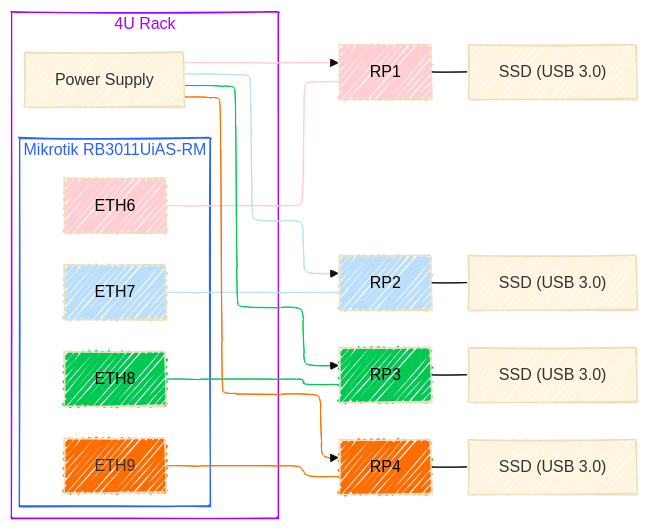
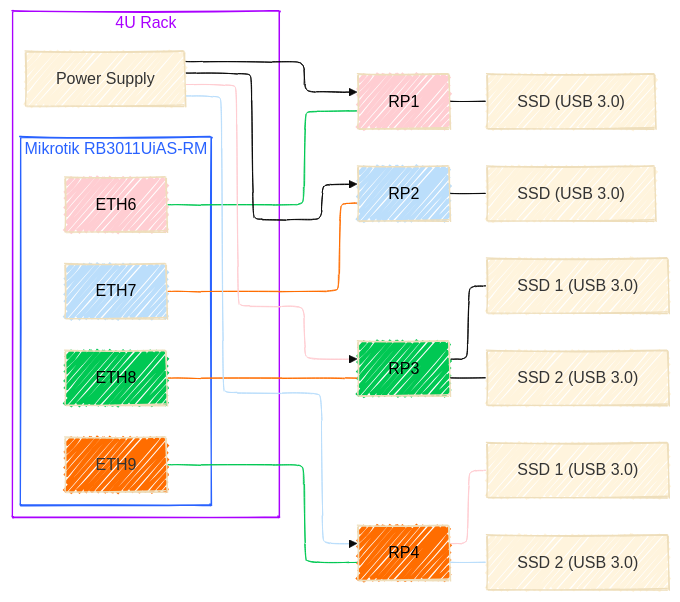
Before and after one commit to Programmer-Network/Programmer-Network-Kubernetes: the diagram in docusaurus/docs/hardware-raspberry-pi-setup/hardware.md, drawn with Mermaid (base theme).

Commit message:
Update Raspberry Pi setup documentation to clarify SSD connections and expand configuration options

````diff
--- a/docusaurus/docs/hardware-raspberry-pi-setup/hardware.md
+++ b/docusaurus/docs/hardware-raspberry-pi-setup/hardware.md
@@ -6,45 +6,48 @@
 ```mermaid
 ---
 config:
   look: handDrawn
   layout: elk
 ---
 flowchart LR
  subgraph switch["Mikrotik RB3011UiAS-RM"]
         ETH6["ETH6"]
         ETH7["ETH7"]
         ETH8["ETH8"]
         ETH9["ETH9"]
   end
  subgraph subGraph1["4U Rack"]
         powerSupply["Power Supply"]
         switch
   end
     RPI1["RP1"] --- SSD1["SSD (USB 3.0)"]
     RPI2["RP2"] --- SSD2["SSD (USB 3.0)"]
-    RPI3["RP3"] --- SSD3["SSD (USB 3.0)"]
-    RPI4["RP4"] --- SSD4["SSD (USB 3.0)"]
+    RPI3["RP3"] --- SSD3["SSD 1 (USB 3.0)"]
+    RPI3["RP3"] --- SSD3B["SSD 2 (USB 3.0)"]
+    RPI4["RP4"] --- SSD4["SSD 1 (USB 3.0)"]
+    RPI4["RP4"] --- SSD4B["SSD 2 (USB 3.0)"]
     ETH6 --- RPI1
     ETH7 --- RPI2
     ETH8 --- RPI3
     ETH9 --- RPI4
     powerSupply --> RPI4 & RPI3 & RPI2 & RPI1
     style ETH6 fill:#FFCDD2,color:#000000
     style ETH7 fill:#BBDEFB,color:#000000
     style ETH8 fill:#00C853,color:#000000
     style ETH9 fill:#FF6D00
     style switch stroke:#2962FF,color:#2962FF,fill:transparent
     style RPI1 fill:#FFCDD2,color:#000000
     style RPI2 fill:#BBDEFB,color:#000000
     style RPI3 fill:#00C853,color:#000000
     style RPI4 fill:#FF6D00,color:#000000
     style subGraph1 stroke:#AA00FF,color:#AA00FF,fill:transparent
     linkStyle 4 stroke:#FFCDD2,fill:none
     linkStyle 5 stroke:#BBDEFB,fill:none
     linkStyle 6 stroke:#00C853,fill:none
     linkStyle 7 stroke:#FF6D00,fill:none
     linkStyle 8 stroke:#FF6D00,fill:none
     linkStyle 9 stroke:#00C853,fill:none
     linkStyle 10 stroke:#BBDEFB,fill:none
     linkStyle 11 stroke:#FFCDD2,fill:none
+
 ```
````
